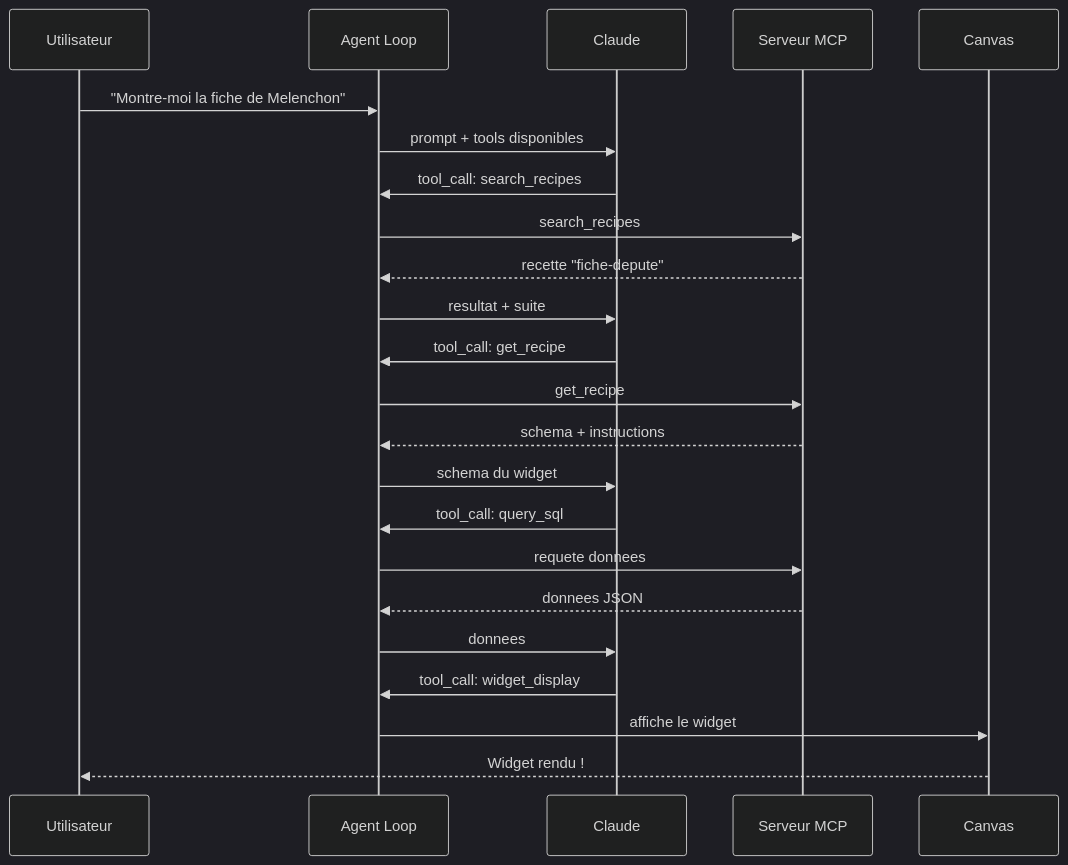
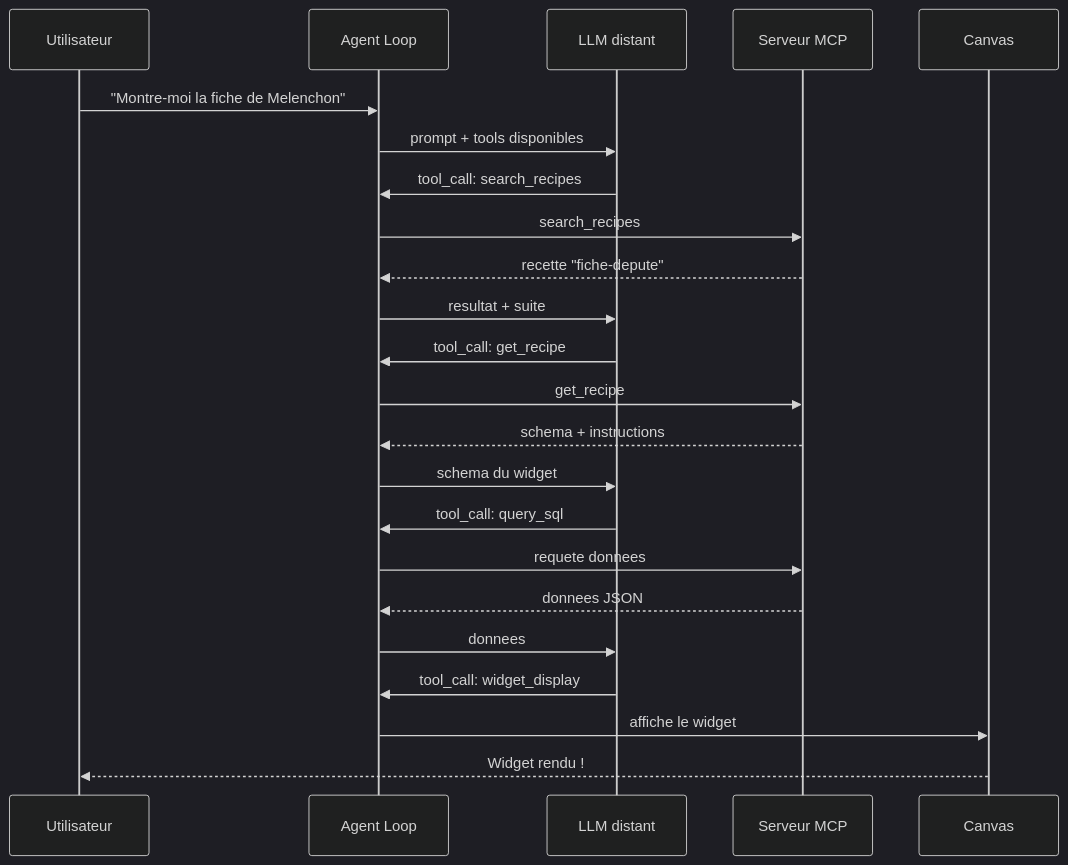
The third of 3 diagrams in docs-site/src/content/docs/tutorials/boilerplate.mdx (jeanbaptiste/webmcp-auto-ui), drawn with Mermaid (dark theme) before and after one commit. The commit also changed other lines of this file and 131 other files, not shown here.

````diff
--- a/docs-site/src/content/docs/tutorials/boilerplate.mdx
+++ b/docs-site/src/content/docs/tutorials/boilerplate.mdx
@@ -214,26 +214,26 @@
 ```mermaid
 sequenceDiagram
     participant User as Utilisateur
     participant AgentLoop as Agent Loop
-    participant LLM as Claude
+    participant LLM as LLM distant
     participant MCP as Serveur MCP
     participant UI as Canvas
 
     User->>AgentLoop: "Montre-moi la fiche de Melenchon"
     AgentLoop->>LLM: prompt + tools disponibles
     LLM->>AgentLoop: tool_call: search_recipes
     AgentLoop->>MCP: search_recipes
     MCP-->>AgentLoop: recette "fiche-depute"
     AgentLoop->>LLM: resultat + suite
     LLM->>AgentLoop: tool_call: get_recipe
     AgentLoop->>MCP: get_recipe
     MCP-->>AgentLoop: schema + instructions
     AgentLoop->>LLM: schema du widget
     LLM->>AgentLoop: tool_call: query_sql
     AgentLoop->>MCP: requete donnees
     MCP-->>AgentLoop: donnees JSON
     AgentLoop->>LLM: donnees
     LLM->>AgentLoop: tool_call: widget_display
     AgentLoop->>UI: affiche le widget
     UI-->>User: Widget rendu !
 ```
````
